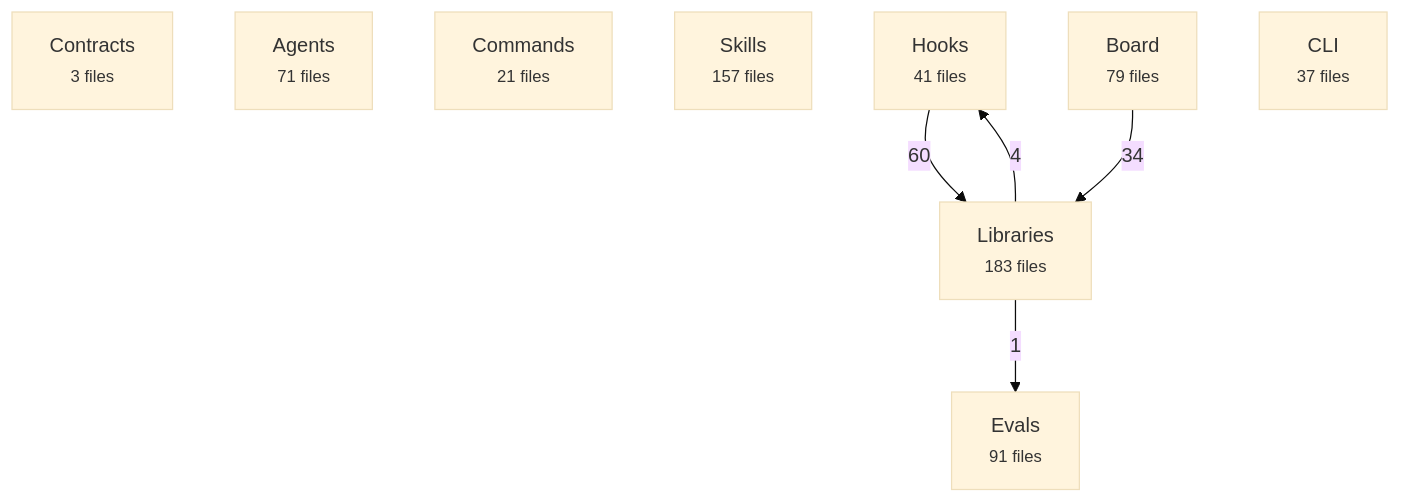
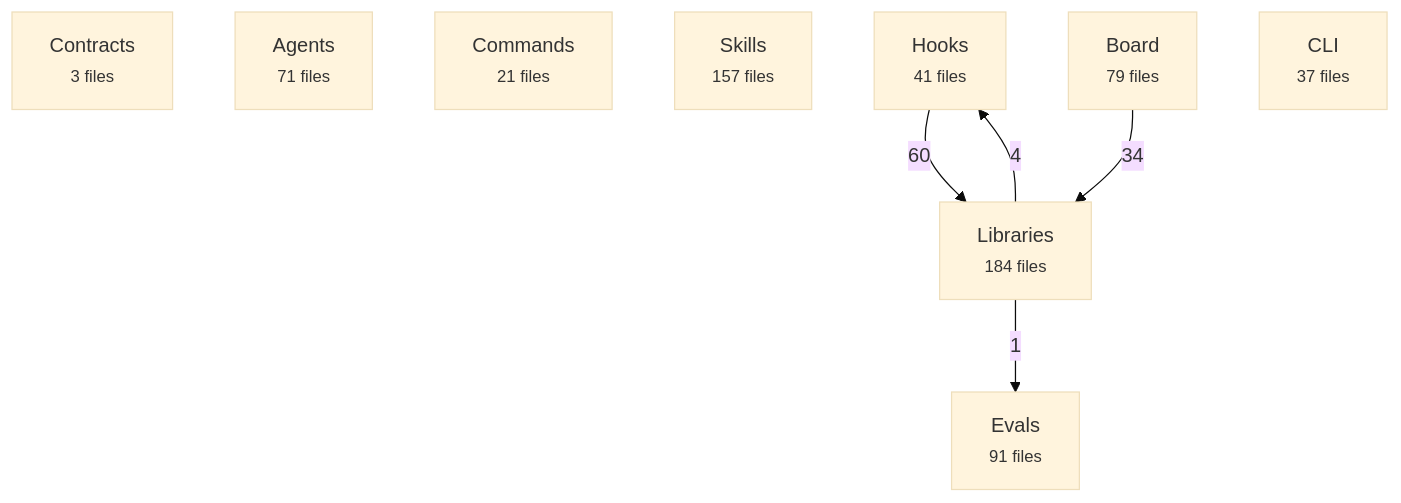
Before and after one commit to avelikiy/great_cto: the first of 2 diagrams in docs/reference/architecture-map.md, drawn with Mermaid (base theme). The commit also changed other lines of this file and 11 other files, not shown here.

````diff
--- a/docs/reference/architecture-map.md
+++ b/docs/reference/architecture-map.md
@@ -20,16 +20,16 @@
 ```mermaid
 flowchart TD
   contracts["Contracts<br/><small>3 files</small>"]
   agents["Agents<br/><small>71 files</small>"]
   commands["Commands<br/><small>21 files</small>"]
   skills["Skills<br/><small>157 files</small>"]
   hooks["Hooks<br/><small>41 files</small>"]
-  libs["Libraries<br/><small>183 files</small>"]
+  libs["Libraries<br/><small>184 files</small>"]
   board["Board<br/><small>79 files</small>"]
   cli["CLI<br/><small>37 files</small>"]
   evals["Evals<br/><small>91 files</small>"]
   hooks -->|60| libs
   board -->|34| libs
   libs -->|4| hooks
   libs -->|1| evals
 ```
````
